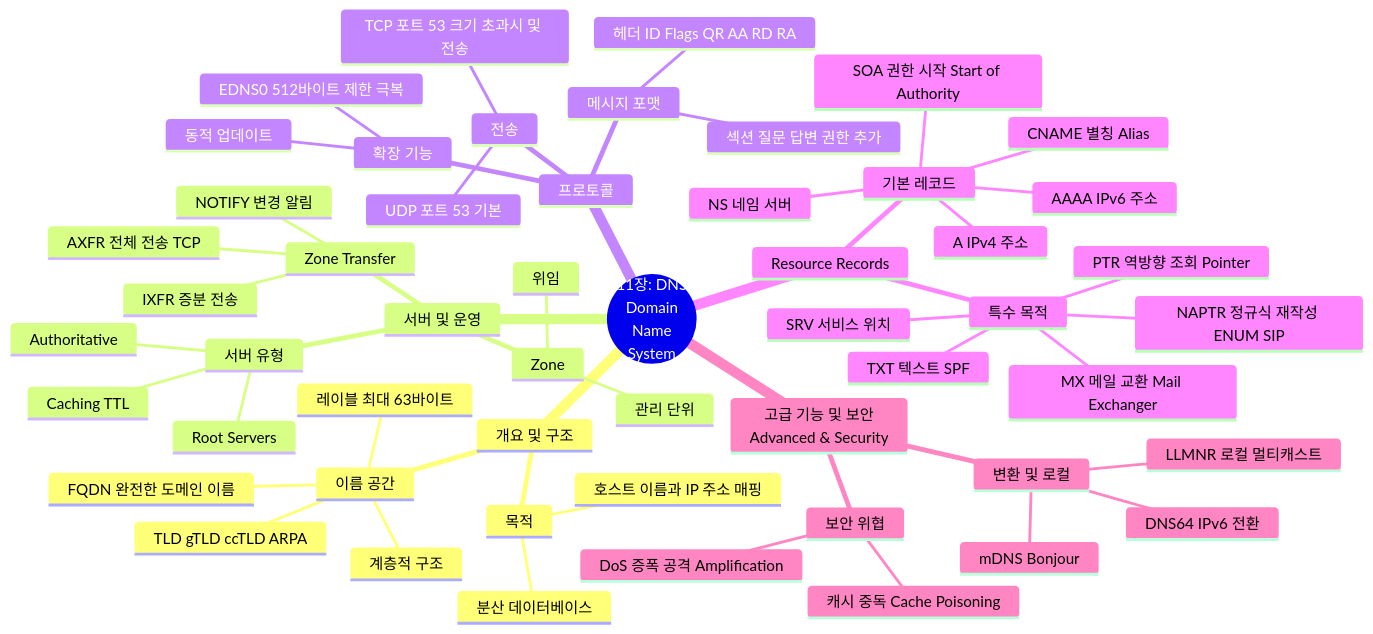
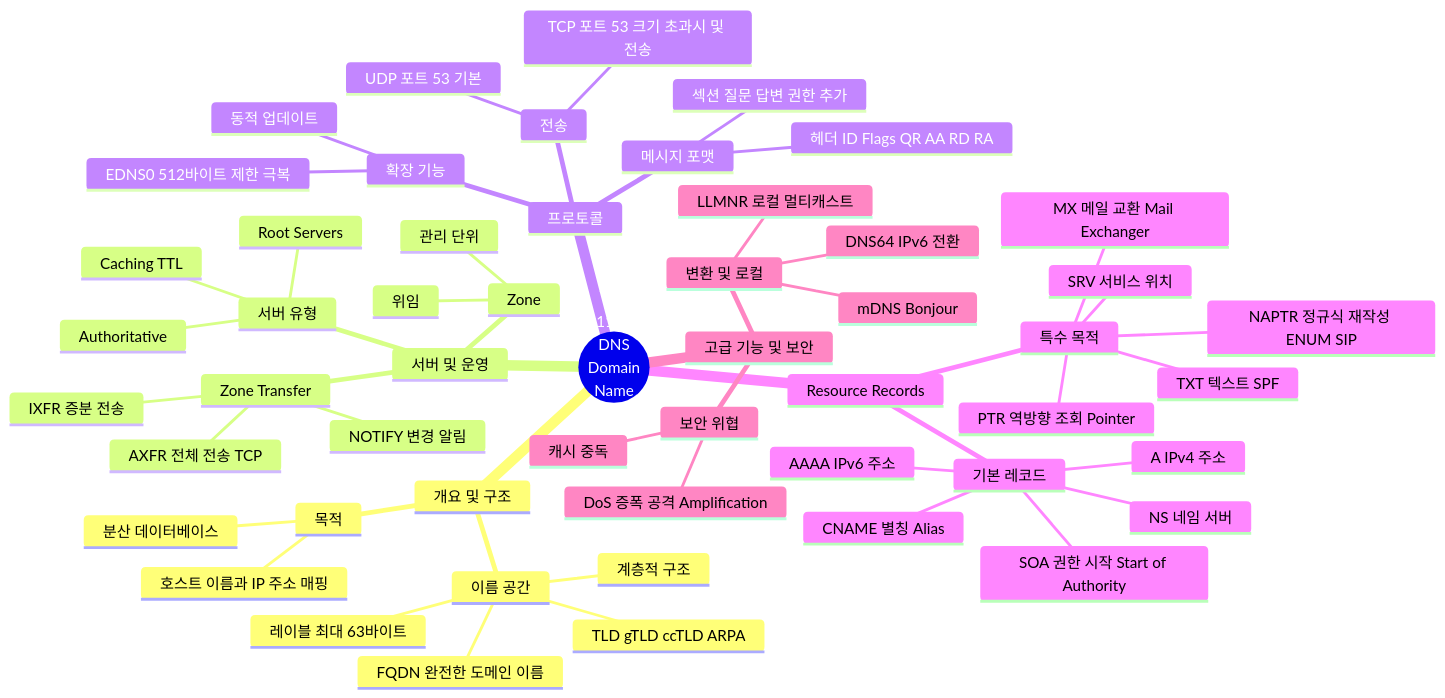
Before and after one commit to youngmin-gwon/what-i-studied: the diagram in 01_inbox/books/tcp_ip_illustrated_1/chapter11.md, drawn with Mermaid. The commit also changed other lines of this file and 6 other files, not shown here.

````diff
--- a/01_inbox/books/tcp_ip_illustrated_1/chapter11.md
+++ b/01_inbox/books/tcp_ip_illustrated_1/chapter11.md
@@ -13,56 +13,56 @@
 ```mermaid
 mindmap
-  root((11장: DNS<br>Domain<br>Name<br>System))
+  root((11장:<br>DNS<br>Domain<br>Name<br>System))
     개요 및 구조
       목적
         호스트 이름과 IP 주소 매핑
         분산 데이터베이스
       이름 공간
         계층적 구조
         TLD gTLD ccTLD ARPA
         레이블 최대 63바이트
         FQDN 완전한 도메인 이름
     서버 및 운영
       Zone
         관리 단위
         위임
       서버 유형
         Authoritative
         Caching TTL
         Root Servers
       Zone Transfer
         AXFR 전체 전송 TCP
         IXFR 증분 전송
         NOTIFY 변경 알림
     프로토콜
       전송
         UDP 포트 53 기본
         TCP 포트 53 크기 초과시 및 전송
       메시지 포맷
         헤더 ID Flags QR AA RD RA
         섹션 질문 답변 권한 추가
       확장 기능
         EDNS0 512바이트 제한 극복
         동적 업데이트
     Resource Records
       기본 레코드
         A IPv4 주소
         AAAA IPv6 주소
         NS 네임 서버
         CNAME 별칭 Alias
         SOA 권한 시작 Start of Authority
       특수 목적
         PTR 역방향 조회 Pointer
         MX 메일 교환 Mail Exchanger
         TXT 텍스트 SPF
         SRV 서비스 위치
         NAPTR 정규식 재작성 ENUM SIP
-    고급 기능 및 보안<br>Advanced & Security
+    고급 기능 및 보안
       변환 및 로컬
         DNS64 IPv6 전환
         mDNS Bonjour
         LLMNR 로컬 멀티캐스트
       보안 위협
-        캐시 중독 Cache Poisoning
+        캐시 중독
         DoS 증폭 공격 Amplification
 ```
````
